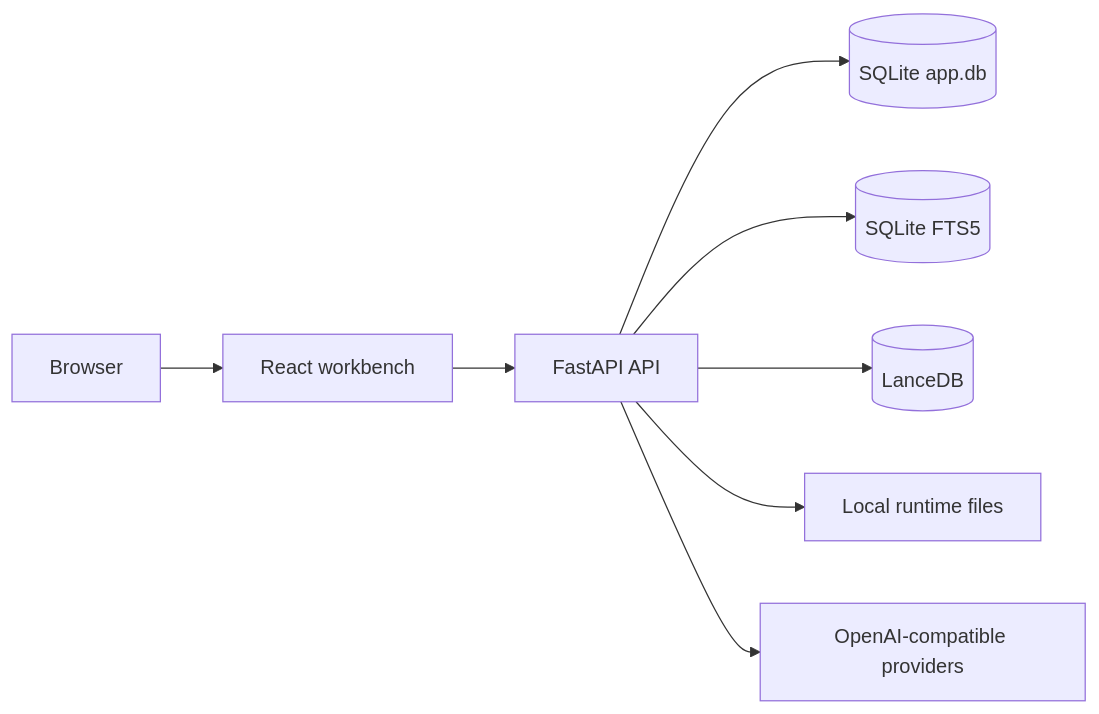
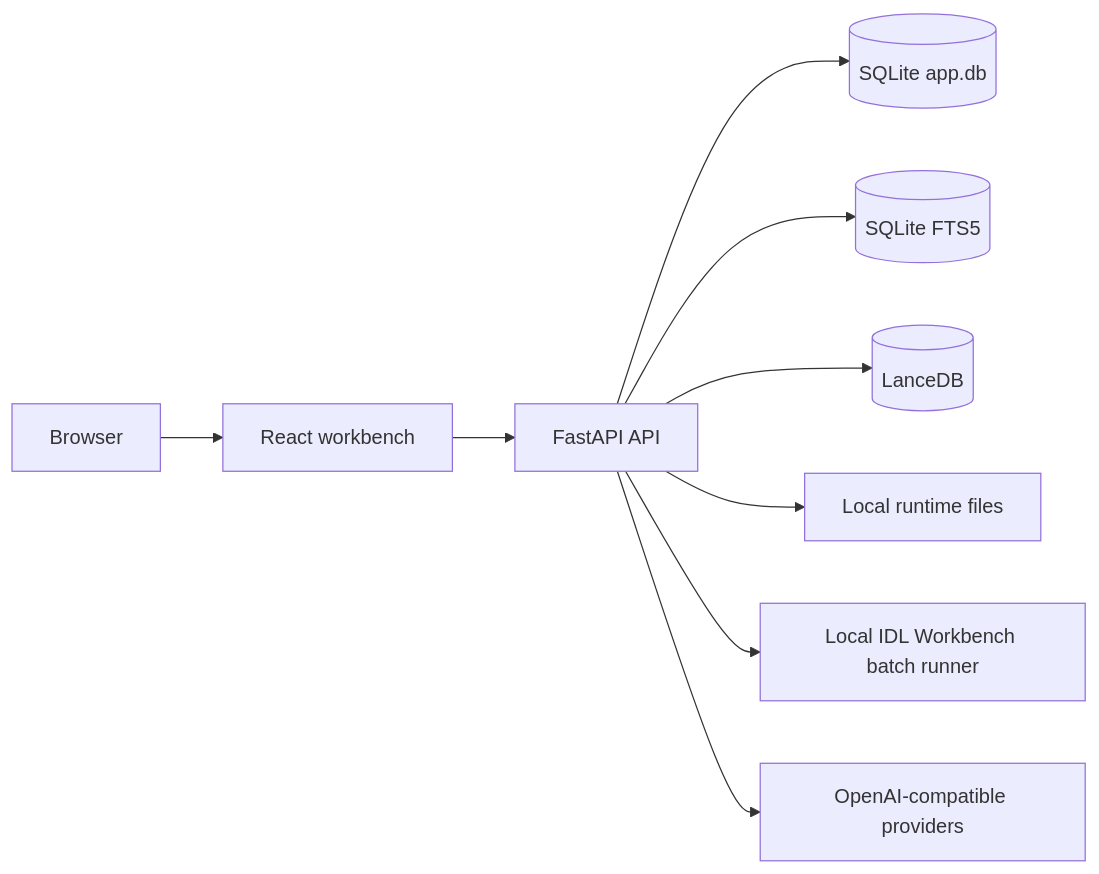
The first of 4 diagrams in docs/architecture.md (GeoSyntax/idl-rag), drawn with Mermaid before and after one commit. The commit also changed other lines of this file and 23 other files, not shown here.

First line of the commit message:
Add local IDL agent execution

````diff
--- a/docs/architecture.md
+++ b/docs/architecture.md
@@ -7,10 +7,11 @@
 ```mermaid
 flowchart LR
   Browser[Browser] --> Frontend[React workbench]
   Frontend --> Backend[FastAPI API]
   Backend --> SQLite[(SQLite app.db)]
   Backend --> FTS[(SQLite FTS5)]
   Backend --> Lance[(LanceDB)]
   Backend --> RuntimeFiles[Local runtime files]
+  Backend --> IDL[Local IDL Workbench batch runner]
   Backend --> Providers[OpenAI-compatible providers]
 ```
````
